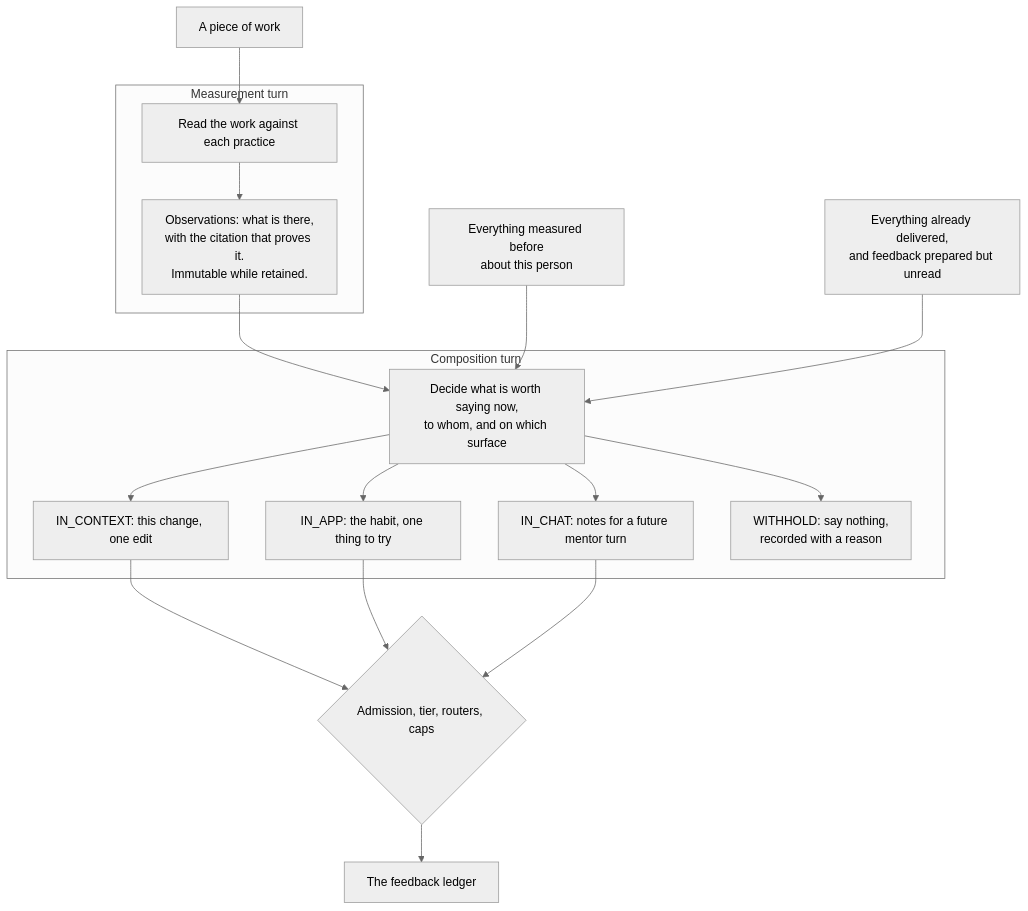
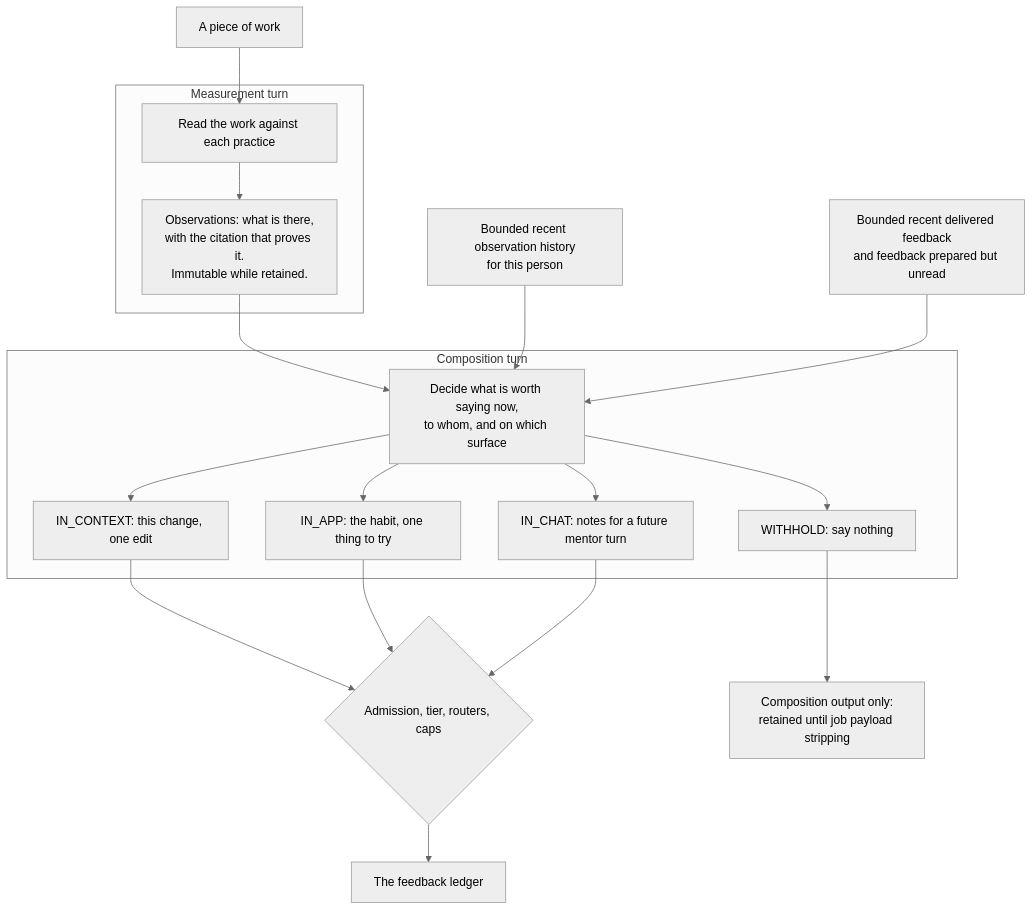
One commit to ls1intum/Hephaestus changed the second of 4 diagrams in docs/contributor/practice-review-pipeline.mdx. Above: the diagram before and after it, drawn with Mermaid (neutral theme). The commit also changed other lines of this file and 4 other files, not shown here.

````diff
--- a/docs/contributor/practice-review-pipeline.mdx
+++ b/docs/contributor/practice-review-pipeline.mdx
@@ -216,26 +149,27 @@
 ```mermaid
 flowchart TB
     work["A piece of work"] --> measure
 
     subgraph measurementTurn["Measurement turn"]
         measure["Read the work against each practice"]
         measure --> obs["Observations: what is there,<br/>with the citation that proves it.<br/>Immutable while retained."]
     end
 
     obs --> compose
-    record["Everything measured before<br/>about this person"] --> compose
-    said["Everything already delivered,<br/>and feedback prepared but unread"] --> compose
+    record["Bounded recent observation history<br/>for this person"] --> compose
+    said["Bounded recent delivered feedback<br/>and feedback prepared but unread"] --> compose
 
     subgraph compositionTurn["Composition turn"]
         compose["Decide what is worth saying now,<br/>to whom, and on which surface"]
         compose --> incontext["IN_CONTEXT: this change, one edit"]
         compose --> page["IN_APP: the habit, one thing to try"]
         compose --> chat["IN_CHAT: notes for a future mentor turn"]
-        compose --> quiet["WITHHOLD: say nothing,<br/>recorded with a reason"]
+        compose --> quiet["WITHHOLD: say nothing"]
     end
 
     incontext --> gate{"Admission, tier, routers, caps"}
     page --> gate
     chat --> gate
     gate --> ledger["The feedback ledger"]
+    quiet --> compositionResult["Composition output only:<br/>retained until job payload stripping"]
 ```
````
